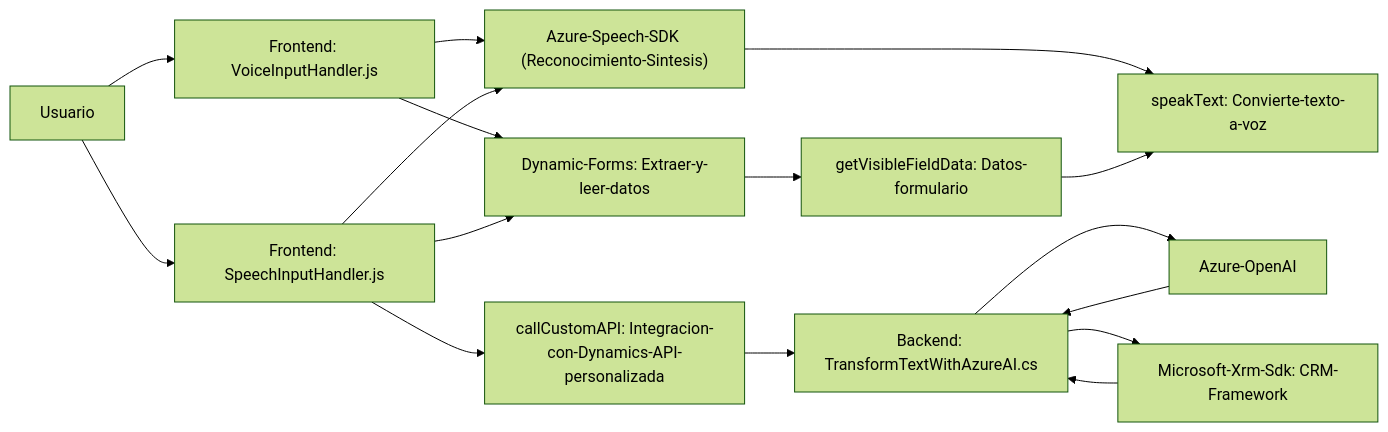
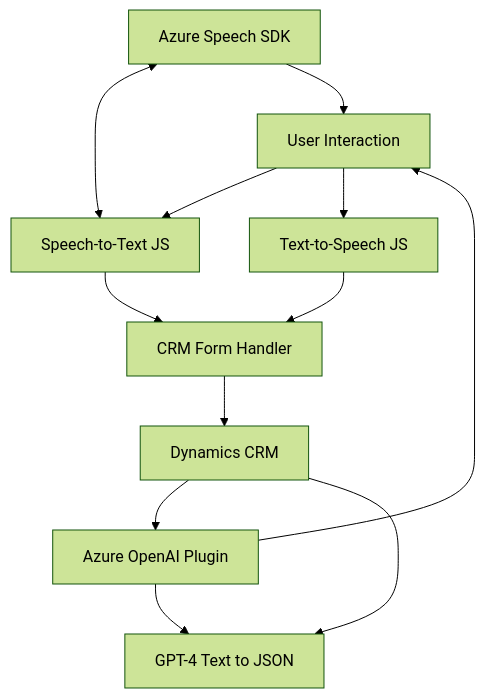
The diagram in README.md (blopezdm/NETCORE_BILBAO2025), drawn with Mermaid (forest theme) before and after one commit. The commit also changed other lines of this file, not shown here.

Commit message:
Actualizar análisis global de la solución con IA

````diff
--- a/README.md
+++ b/README.md
@@ -55,21 +58,20 @@
 ```mermaid
-graph LR
-    A["Frontend: VoiceInputHandler.js"] --> B["Azure-Speech-SDK (Reconocimiento-Sintesis)"]
-    A --> C["Dynamic-Forms: Extraer-y-leer-datos"]
-    B --> D["speakText: Convierte-texto-a-voz"]
-    C --> E["getVisibleFieldData: Datos-formulario"]
-    E --> D 
+graph TD
+    A["User Interaction"]
 
-    F["Frontend: SpeechInputHandler.js"] --> B 
-    F --> C 
-    F --> G["callCustomAPI: Integracion-con-Dynamics-API-personalizada"]
-    G --> H["Backend: Custom-Logic"]
+    A --> B[Speech-to-Text JS]
+    A --> C[Text-to-Speech JS]
 
-    H["Backend: TransformTextWithAzureAI.cs"] --> I["Azure-OpenAI"]
-    H --> J["Microsoft-Xrm-Sdk: CRM-Framework"]
+    B --> D[CRM Form Handler]
+    C --> D
 
-    K["Usuario"] --> A
-    K --> F
-    I --> H
-    J --> H
+    D --> E["Dynamics CRM"]
+    F["Azure Speech SDK"] <--> B
+
+    E --> G["Azure OpenAI Plugin"]
+    G --> H["GPT-4 Text to JSON"]
+
+    F --> A
+    G --> A
+    E --> H
 ```
````
